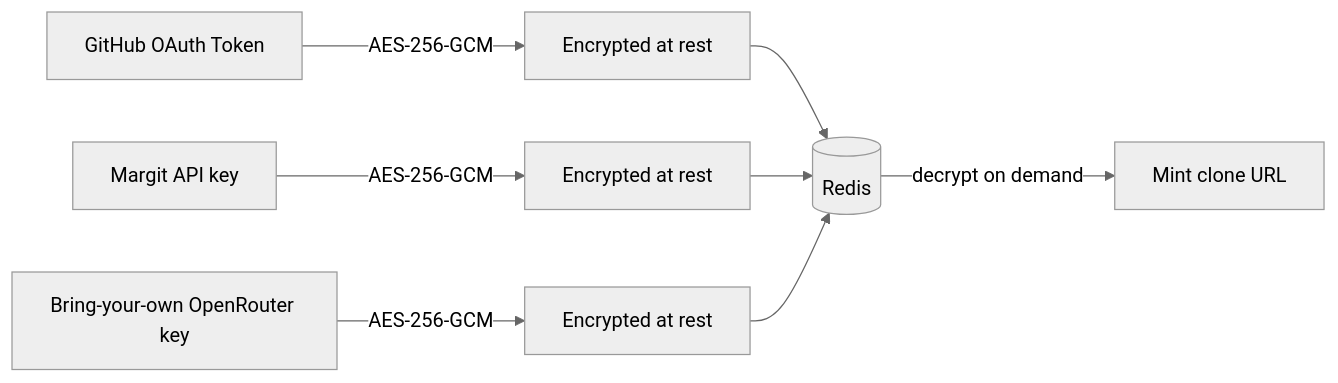
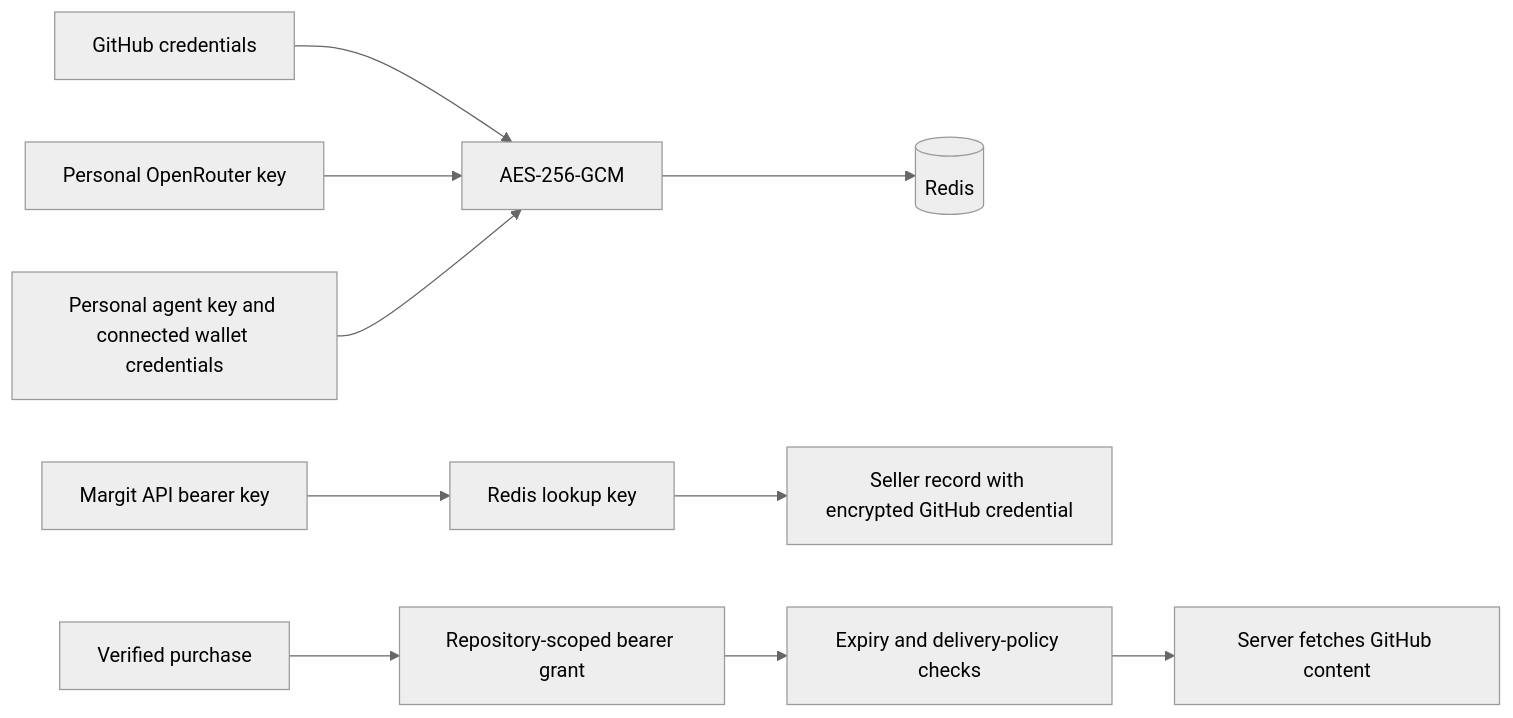
One commit to vm06007/margit changed the seventh of 7 diagrams in README.md. Above: the diagram before and after it, drawn with Mermaid (neutral theme). The commit also changed other lines of this file and 13 other files, not shown here.

````diff
--- a/README.md
+++ b/README.md
@@ -604,12 +525,12 @@
 ```mermaid
 flowchart LR
-    Token[GitHub OAuth Token] -->|AES-256-GCM| Enc[Encrypted at rest]
-    Enc --> Store[(Redis)]
-    Store -->|decrypt on demand| Mint[Mint clone URL]
-
-    ApiKey[Margit API key] -->|AES-256-GCM| Enc2[Encrypted at rest]
-    Enc2 --> Store
-
-    OwnKey[Bring-your-own OpenRouter key] -->|AES-256-GCM| Enc3[Encrypted at rest]
-    Enc3 --> Store
+    GitHub[GitHub credentials] --> Encrypt[AES-256-GCM]
+    Router[Personal OpenRouter key] --> Encrypt
+    Wallet[Personal agent key and connected wallet credentials] --> Encrypt
+    Encrypt --> Redis[(Redis)]
+    Key[Margit API bearer key] --> Lookup[Redis lookup key]
+    Lookup --> Seller[Seller record with encrypted GitHub credential]
+    Payment[Verified purchase] --> Grant[Repository-scoped bearer grant]
+    Grant --> Policy[Expiry and delivery-policy checks]
+    Policy --> Proxy[Server fetches GitHub content]
 ```
````
